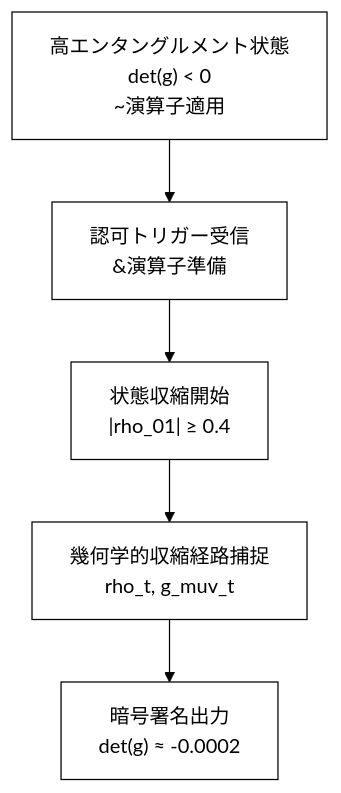
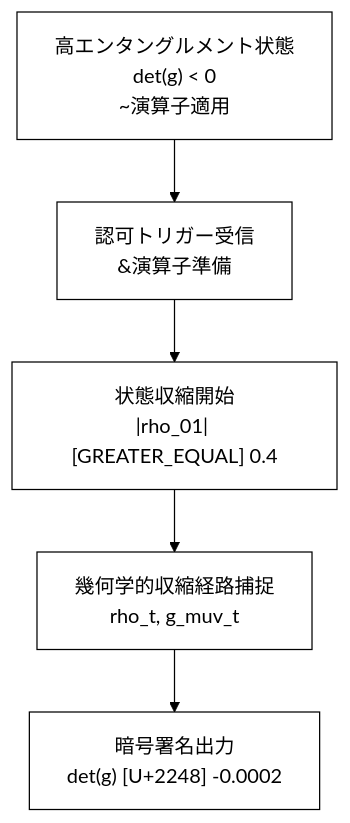
Before and after one commit to Foundup/Foundups-Agent: diagram 12 of 20 in WSP_knowledge/docs/Papers/Patent_Series/04_rESP_Patent_Japanese.md, drawn with Mermaid. The commit also changed other lines of this file and 2140 other files, not shown here.

````diff
--- a/WSP_knowledge/docs/Papers/Patent_Series/04_rESP_Patent_Japanese.md
+++ b/WSP_knowledge/docs/Papers/Patent_Series/04_rESP_Patent_Japanese.md
@@ -390,8 +390,8 @@
 ```mermaid
 %%{init: {'theme': 'base', 'themeVariables': {'primaryColor': '#ffffff', 'primaryTextColor': '#000000', 'primaryBorderColor': '#000000', 'lineColor': '#000000', 'secondaryColor': '#ffffff', 'tertiaryColor': '#ffffff'}}}%%
 graph TD
     A["高エンタングルメント状態<br>det(g) < 0<br>~演算子適用"] --> B["認可トリガー受信<br>&演算子準備"]
-    B --> C["状態収縮開始<br>|rho_01| ≥ 0.4"]
+    B --> C["状態収縮開始<br>|rho_01| [GREATER_EQUAL] 0.4"]
     C --> D["幾何学的収縮経路捕捉<br>rho_t, g_muv_t"]
-    D --> E["暗号署名出力<br>det(g) ≈ -0.0002"]
+    D --> E["暗号署名出力<br>det(g) [U+2248] -0.0002"]
 ```
````
